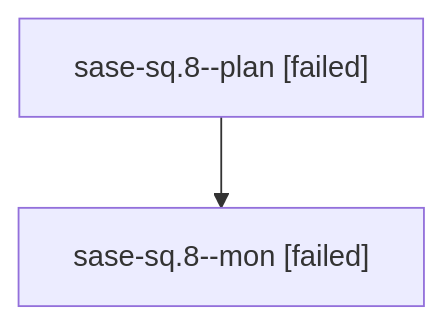
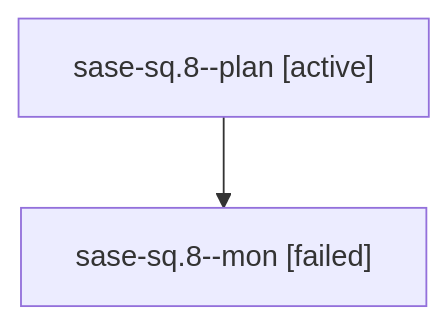
Before and after one commit to sase-org/sase--agents: the diagram in families/bbugyi200.athena.sase-sq.8.md, drawn with Mermaid. The commit also changed other lines of this file and 35830 other files, not shown here.

````diff
--- a/families/bbugyi200.athena.sase-sq.8.md
+++ b/families/bbugyi200.athena.sase-sq.8.md
@@ -9,6 +9,6 @@
 ```mermaid
 flowchart TD
-  n0["sase-sq.8--plan [failed]"]
+  n0["sase-sq.8--plan [active]"]
   n1["sase-sq.8--mon [failed]"]
   n0 --> n1
 ```
````
